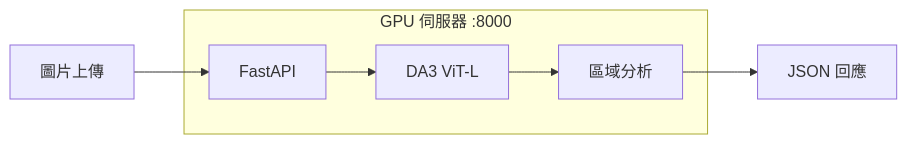
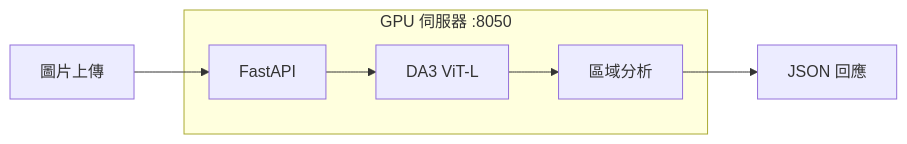
The second of 2 diagrams in docs/04-notes/dev_notes/2025-12-15-dev.md (roy4222/PawAI), drawn with Mermaid before and after one commit. The commit also changed other lines of this file and 1 other file, not shown here.

````diff
--- a/docs/04-notes/dev_notes/2025-12-15-dev.md
+++ b/docs/04-notes/dev_notes/2025-12-15-dev.md
@@ -218,13 +305,13 @@
 ```mermaid
 graph LR
-    subgraph GPU["GPU 伺服器 :8000"]
+    subgraph GPU["GPU 伺服器 :8050"]
         FastAPI[FastAPI]
         DA3[DA3 ViT-L]
         Analyze[區域分析]
     end
     
     Client[圖片上傳] --> FastAPI
     FastAPI --> DA3
     DA3 --> Analyze
     Analyze --> Response[JSON 回應]
 ```
````
